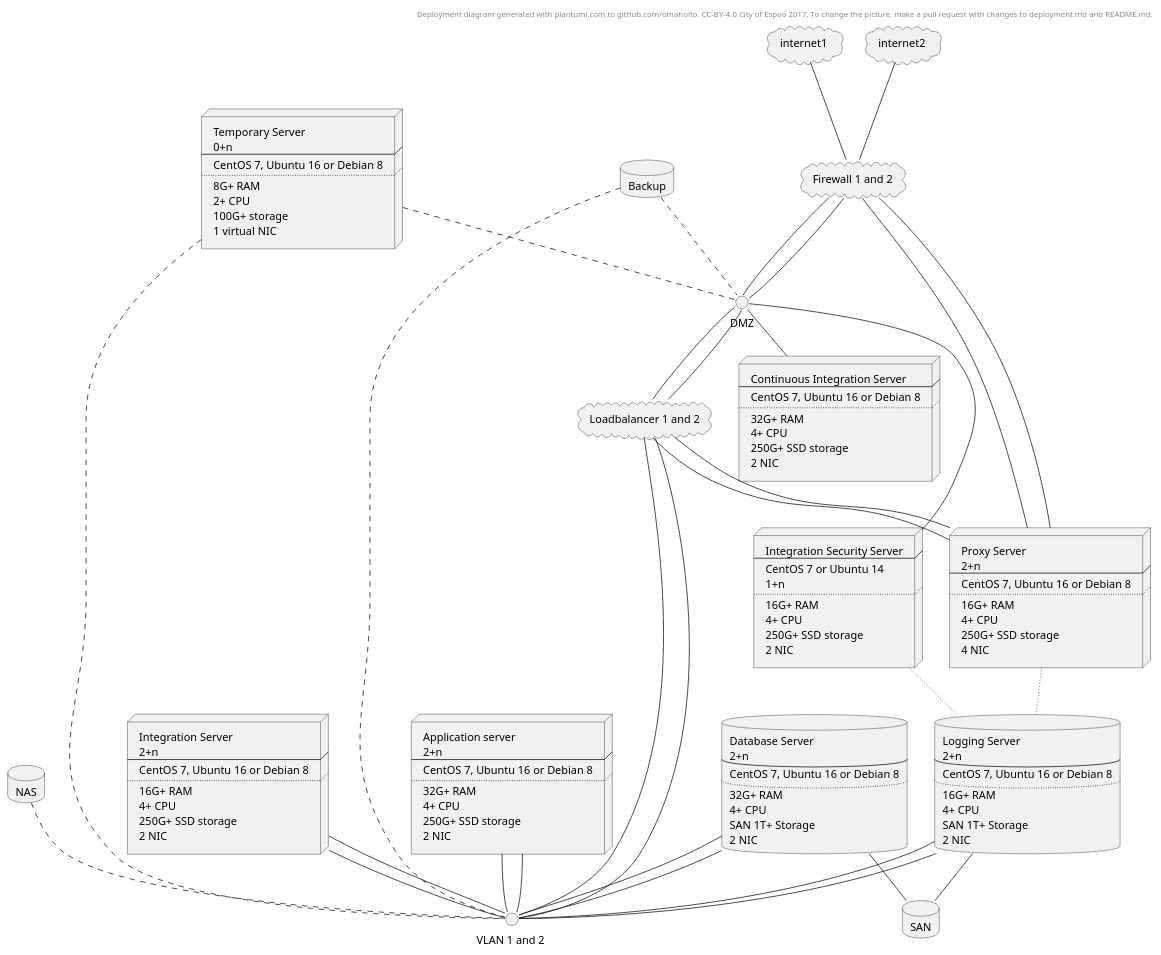
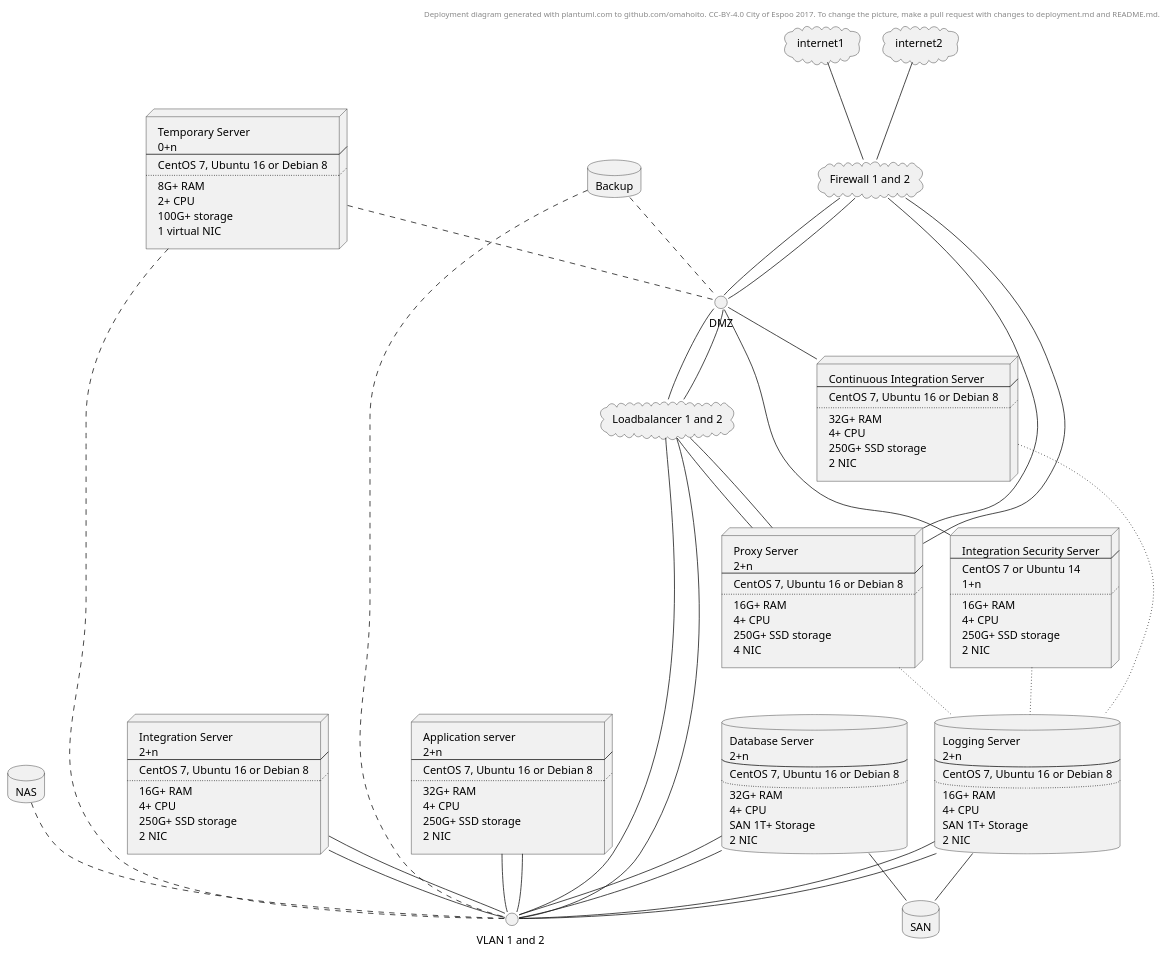
Before and after one commit to ruoat/definitions: the diagram in deployment.md, drawn with PlantUML.

```diff
--- a/deployment.md
+++ b/deployment.md
@@ -123,7 +123,7 @@
 DMZ -- nodeintegration1
 nodeintegration1 ~~ logging1
 nodeproxy ~~ logging1
-
+nodeci ~~ logging1
 loadbalancer1 -- VLAN1
 loadbalancer1 -- VLAN1
 database1 -- VLAN1
```
